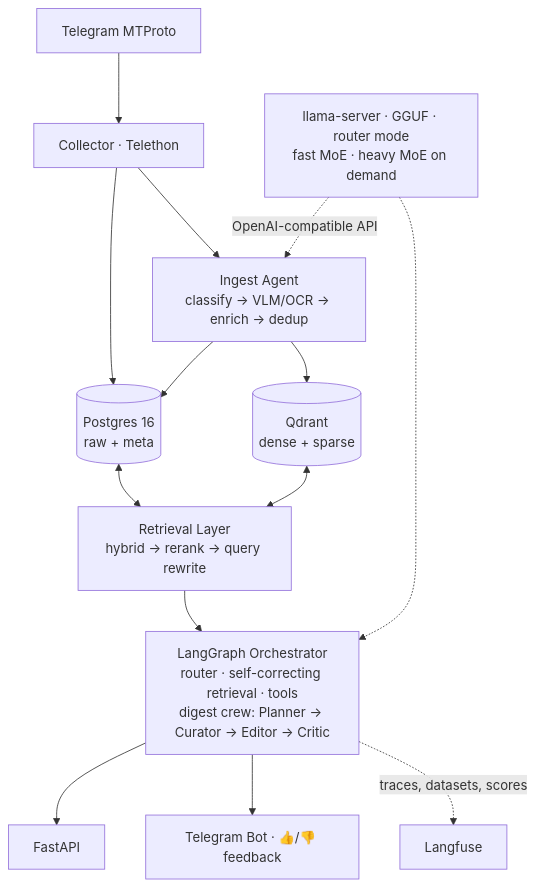
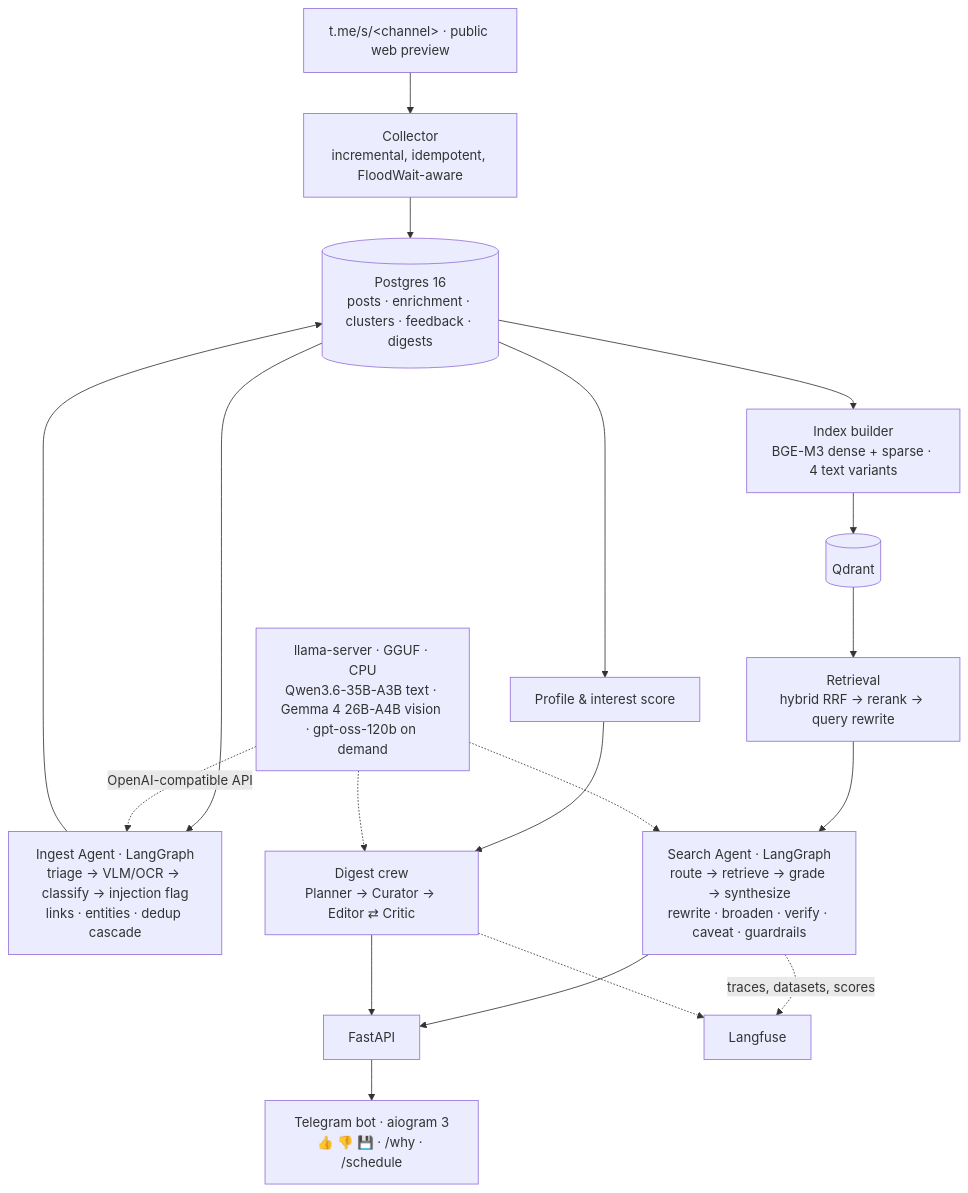
The diagram in README.md (puleon/tg-digest-agent), drawn with Mermaid before and after one commit. The commit also changed other lines of this file, not shown here.

Commit message:
docs(readme): architecture diagram as built; quickstart through the service

````diff
--- a/README.md
+++ b/README.md
@@ -23,16 +23,21 @@
 ```mermaid
 flowchart TB
-    TG[Telegram MTProto] --> C[Collector · Telethon]
-    C --> I[Ingest Agent<br/>classify → VLM/OCR → enrich → dedup]
-    C --> PG[(Postgres 16<br/>raw + meta)]
+    TG[t.me/s/&lt;channel&gt; · public web preview] --> C[Collector<br/>incremental, idempotent, FloodWait-aware]
+    C --> PG[(Postgres 16<br/>posts · enrichment · clusters · feedback · digests)]
+    PG --> I[Ingest Agent · LangGraph<br/>triage → VLM/OCR → classify → injection flag<br/>links · entities · dedup cascade]
     I --> PG
-    I --> Q[(Qdrant<br/>dense + sparse)]
-    PG <--> R[Retrieval Layer<br/>hybrid → rerank → query rewrite]
-    Q <--> R
-    R --> O[LangGraph Orchestrator<br/>router · self-correcting retrieval · tools<br/>digest crew: Planner → Curator → Editor → Critic]
-    O --> API[FastAPI]
-    O --> BOT[Telegram Bot · 👍/👎 feedback]
-    O -.traces, datasets, scores.-> LF[Langfuse]
-    LLM[llama-server · GGUF · router mode<br/>fast MoE · heavy MoE on demand] -.OpenAI-compatible API.-> I
-    LLM -.-> O
+    PG --> IX[Index builder<br/>BGE-M3 dense + sparse · 4 text variants]
+    IX --> Q[(Qdrant)]
+    Q --> R[Retrieval<br/>hybrid RRF → rerank → query rewrite]
+    R --> A[Search Agent · LangGraph<br/>route → retrieve → grade → synthesize<br/>rewrite · broaden · verify · caveat · guardrails]
+    PG --> P[Profile & interest score]
+    P --> D[Digest crew<br/>Planner → Curator → Editor ⇄ Critic]
+    A --> API[FastAPI]
+    D --> API
+    API --> BOT[Telegram bot · aiogram 3<br/>👍 👎 💾 · /why · /schedule]
+    A -.traces, datasets, scores.-> LF[Langfuse]
+    D -.-> LF
+    LLM[llama-server · GGUF · CPU<br/>Qwen3.6-35B-A3B text · Gemma 4 26B-A4B vision · gpt-oss-120b on demand] -.OpenAI-compatible API.-> I
+    LLM -.-> A
+    LLM -.-> D
 ```
````
